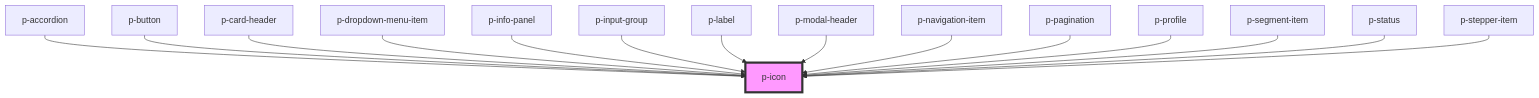
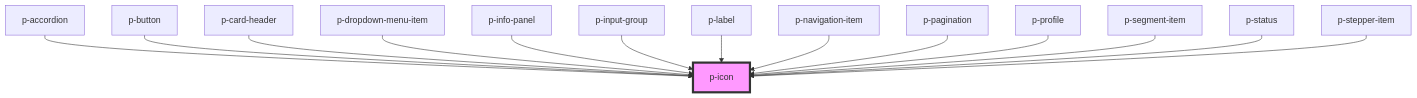
One commit to Employes/paperless changed the diagram in packages/core/src/components/atoms/icon/readme.md. Above: the diagram before and after it, drawn with Mermaid. The commit also changed other lines of this file and 5 other files, not shown here.

Commit message:
feat(Atoms/Modal Header): Update modal header styling

````diff
--- a/packages/core/src/components/atoms/icon/readme.md
+++ b/packages/core/src/components/atoms/icon/readme.md
@@ -38,18 +37,17 @@
 ```mermaid
 graph TD;
   p-accordion --> p-icon
   p-button --> p-icon
   p-card-header --> p-icon
   p-dropdown-menu-item --> p-icon
   p-info-panel --> p-icon
   p-input-group --> p-icon
   p-label --> p-icon
-  p-modal-header --> p-icon
   p-navigation-item --> p-icon
   p-pagination --> p-icon
   p-profile --> p-icon
   p-segment-item --> p-icon
   p-status --> p-icon
   p-stepper-item --> p-icon
   style p-icon fill:#f9f,stroke:#333,stroke-width:4px
 ```
````
